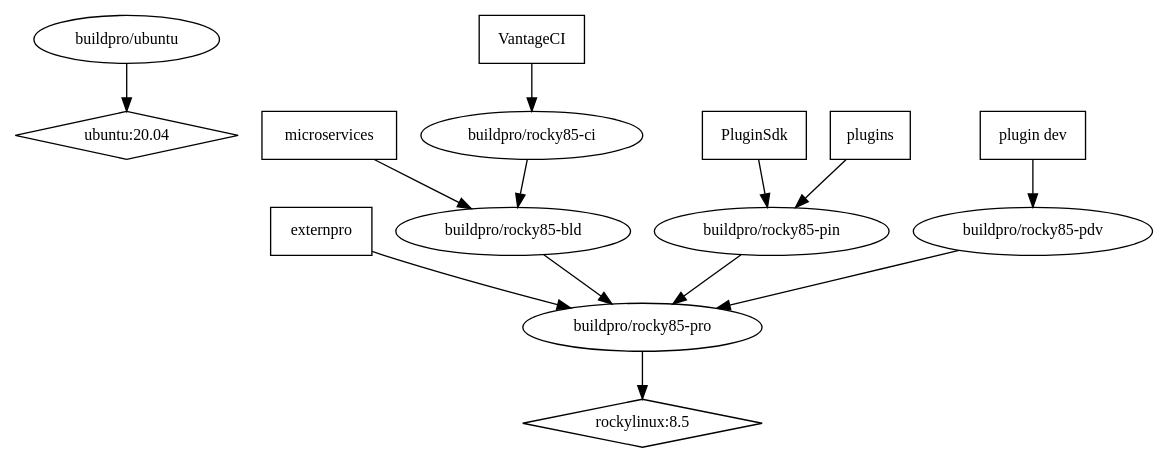
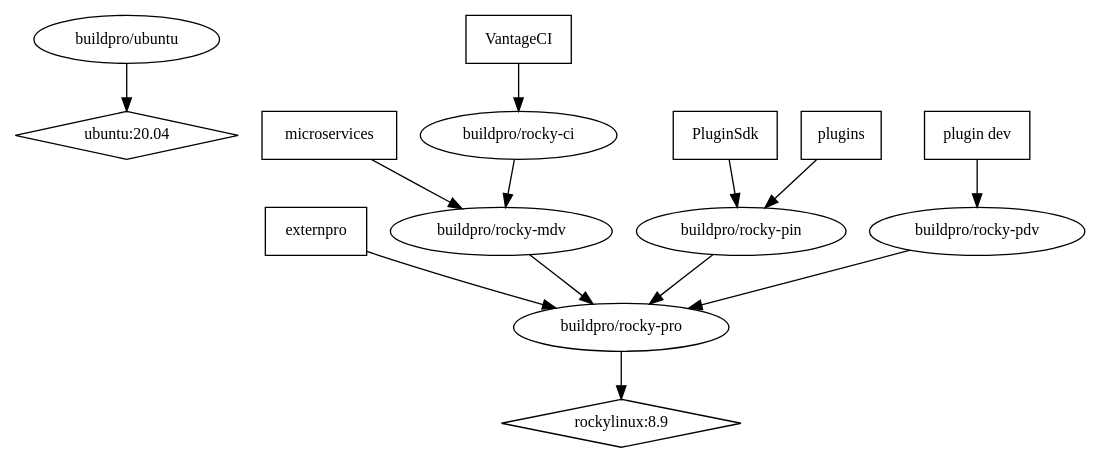
One commit to externpro/externpro changed the diagram in graph/graph.dot. Above: the diagram before and after it, drawn with Graphviz. The commit also changed 1 other file, not shown here.

Commit message:
graph: rocky image updates
* rockylinux:8.9 is base image now
* rocky85 images drop the 85
* rocky85-bld image renamed rocky-mdv
* resolves https://github.com/externpro/externpro/issues/102

```diff
--- a/graph/graph.dot
+++ b/graph/graph.dot
@@ -1,23 +1,23 @@
 digraph GG {
   node [fontsize=12];
   "ubuntu:20.04" [shape=diamond];
-  "rockylinux:8.5" [shape=diamond];
+  "rockylinux:8.9" [shape=diamond];
   "externpro" [shape=box];
   "PluginSdk" [shape=box];
   "plugins" [shape=box];
   "plugin dev" [shape=box];
   "microservices" [shape=box];
   "VantageCI" [shape=box];
-  "buildpro/rocky85-pro" -> "rockylinux:8.5";
-  "buildpro/rocky85-bld" -> "buildpro/rocky85-pro";
-  "buildpro/rocky85-pin" -> "buildpro/rocky85-pro";
-  "buildpro/rocky85-pdv" -> "buildpro/rocky85-pro";
-  "buildpro/rocky85-ci" -> "buildpro/rocky85-bld";
+  "buildpro/rocky-pro" -> "rockylinux:8.9";
+  "buildpro/rocky-mdv" -> "buildpro/rocky-pro";
+  "buildpro/rocky-pin" -> "buildpro/rocky-pro";
+  "buildpro/rocky-pdv" -> "buildpro/rocky-pro";
+  "buildpro/rocky-ci" -> "buildpro/rocky-mdv";
   "buildpro/ubuntu" -> "ubuntu:20.04";
-  "externpro" -> "buildpro/rocky85-pro";
-  "PluginSdk" -> "buildpro/rocky85-pin";
-  "plugins" -> "buildpro/rocky85-pin";
-  "plugin dev" -> "buildpro/rocky85-pdv";
-  "microservices" -> "buildpro/rocky85-bld";
-  "VantageCI" -> "buildpro/rocky85-ci";
+  "externpro" -> "buildpro/rocky-pro";
+  "PluginSdk" -> "buildpro/rocky-pin";
+  "plugins" -> "buildpro/rocky-pin";
+  "plugin dev" -> "buildpro/rocky-pdv";
+  "microservices" -> "buildpro/rocky-mdv";
+  "VantageCI" -> "buildpro/rocky-ci";
 }
```
